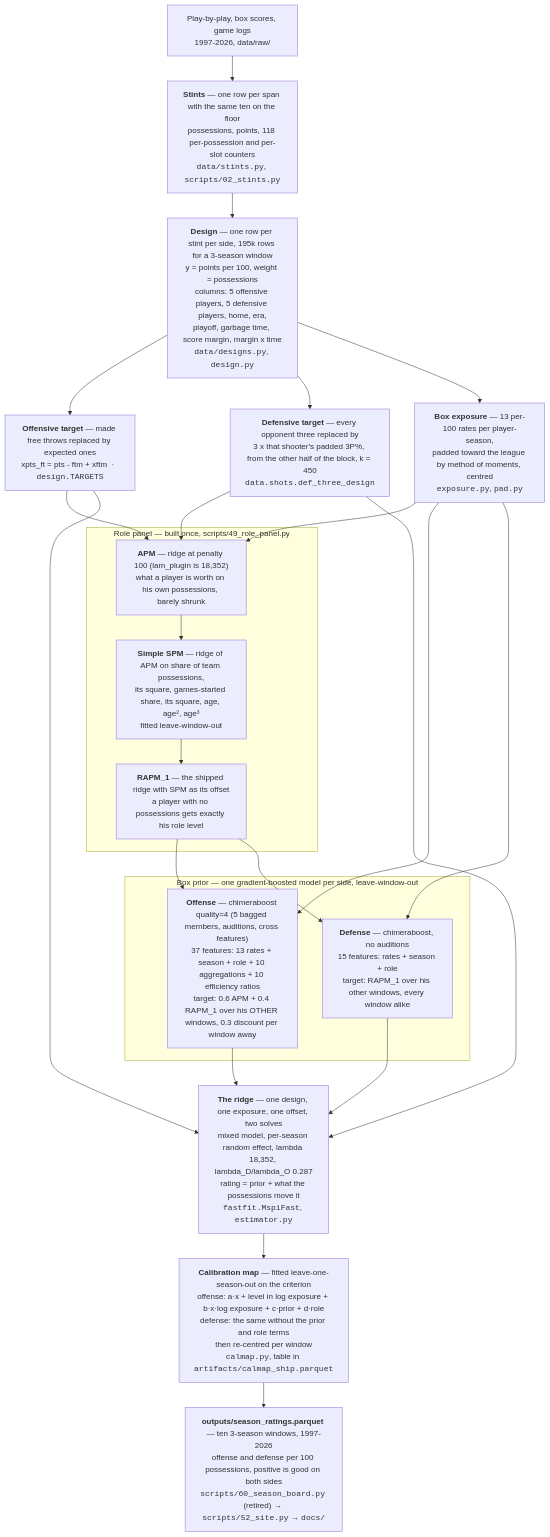
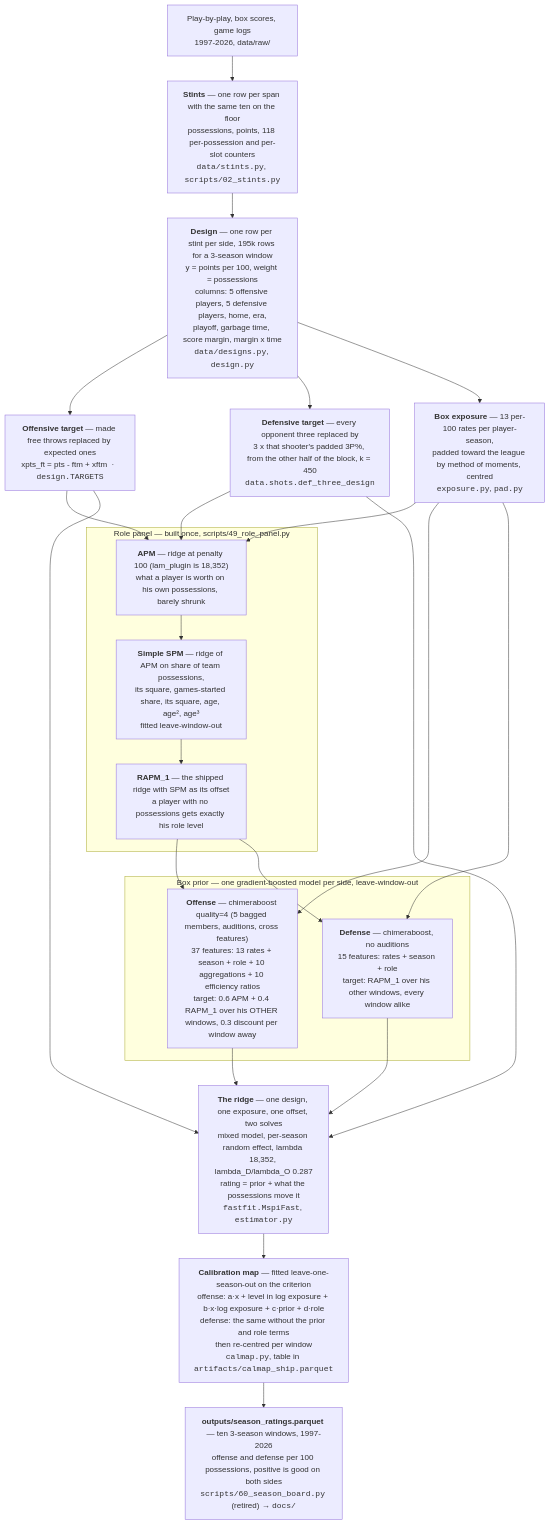
One commit to bbstats/openrapm changed the third of 4 diagrams in PIPELINE.md. Above: the diagram before and after it, drawn with Mermaid. The commit also changed other lines of this file and 22 other files, not shown here.

````diff
--- a/PIPELINE.md
+++ b/PIPELINE.md
@@ -128,47 +127,47 @@
 ```mermaid
 flowchart TD
     RAW["Play-by-play, box scores, game logs<br/>1997-2026, data/raw/"]
     ST["<b>Stints</b> — one row per span with the same ten on the floor<br/>possessions, points, 118 per-possession and per-slot counters<br/><code>data/stints.py</code>, <code>scripts/02_stints.py</code>"]
     DES["<b>Design</b> — one row per stint per side, 195k rows for a 3-season window<br/>y = points per 100, weight = possessions<br/>columns: 5 offensive players, 5 defensive players, home, era,<br/>playoff, garbage time, score margin, margin x time<br/><code>data/designs.py</code>, <code>design.py</code>"]
     TGO["<b>Offensive target</b> — made free throws replaced by expected ones<br/>xpts_ft = pts - ftm + xftm  ·  <code>design.TARGETS</code>"]
     TGD["<b>Defensive target</b> — every opponent three replaced by<br/>3 x that shooter's padded 3P%, from the other half of the block, k = 450<br/><code>data.shots.def_three_design</code>"]
     EXP["<b>Box exposure</b> — 13 per-100 rates per player-season,<br/>padded toward the league by method of moments, centred<br/><code>exposure.py</code>, <code>pad.py</code>"]
 
     RAW --> ST --> DES
     DES --> TGO
     DES --> TGD
     DES --> EXP
 
     subgraph PANEL["Role panel — built once, scripts/49_role_panel.py"]
         APM["<b>APM</b> — ridge at penalty 100 (lam_plugin is 18,352)<br/>what a player is worth on his own possessions, barely shrunk"]
         SPM["<b>Simple SPM</b> — ridge of APM on share of team possessions,<br/>its square, games-started share, its square, age, age², age³<br/>fitted leave-window-out"]
         R1["<b>RAPM_1</b> — the shipped ridge with SPM as its offset<br/>a player with no possessions gets exactly his role level"]
         APM --> SPM --> R1
     end
 
     EXP --> APM
     TGO --> APM
     TGD --> APM
 
     subgraph PRIOR["Box prior — one gradient-boosted model per side, leave-window-out"]
         PO["<b>Offense</b> — chimeraboost quality=4 (5 bagged members, auditions, cross features)<br/>37 features: 13 rates + season + role + 10 aggregations + 10 efficiency ratios<br/>target: 0.6 APM + 0.4 RAPM_1 over his OTHER windows, 0.3 discount per window away"]
         PD["<b>Defense</b> — chimeraboost, no auditions<br/>15 features: rates + season + role<br/>target: RAPM_1 over his other windows, every window alike"]
     end
 
     R1 --> PO
     R1 --> PD
     EXP --> PO
     EXP --> PD
 
     RIDGE["<b>The ridge</b> — one design, one exposure, one offset, two solves<br/>mixed model, per-season random effect, lambda 18,352, lambda_D/lambda_O 0.287<br/>rating = prior + what the possessions move it<br/><code>fastfit.MspiFast</code>, <code>estimator.py</code>"]
     PO --> RIDGE
     PD --> RIDGE
     TGO --> RIDGE
     TGD --> RIDGE
 
     MAP["<b>Calibration map</b> — fitted leave-one-season-out on the criterion<br/>offense: a·x + level in log exposure + b·x·log exposure + c·prior + d·role<br/>defense: the same without the prior and role terms<br/>then re-centred per window<br/><code>calmap.py</code>, table in <code>artifacts/calmap_ship.parquet</code>"]
     RIDGE --> MAP
 
-    OUT["<b>outputs/season_ratings.parquet</b> — ten 3-season windows, 1997-2026<br/>offense and defense per 100 possessions, positive is good on both sides<br/><code>scripts/60_season_board.py</code> (retired) → <code>scripts/52_site.py</code> → <code>docs/</code>"]
+    OUT["<b>outputs/season_ratings.parquet</b> — ten 3-season windows, 1997-2026<br/>offense and defense per 100 possessions, positive is good on both sides<br/><code>scripts/60_season_board.py</code> (retired) → <code>docs/</code>"]
     MAP --> OUT
 ```
````
